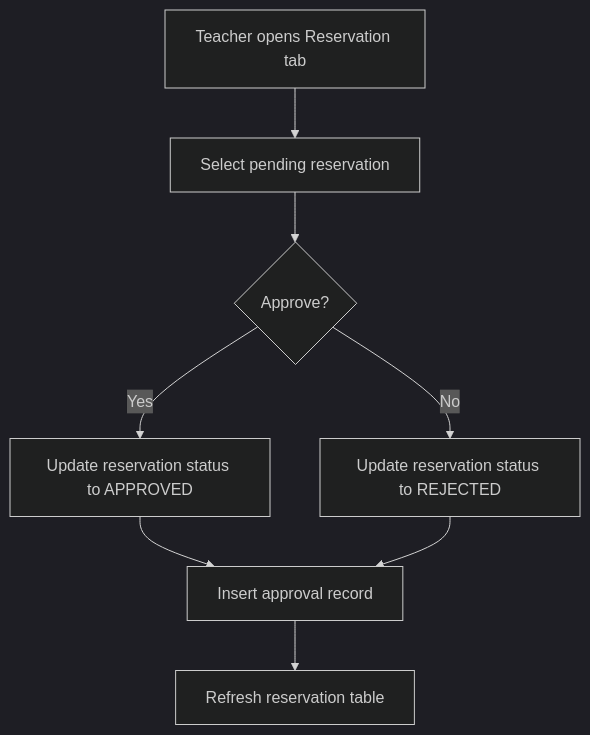
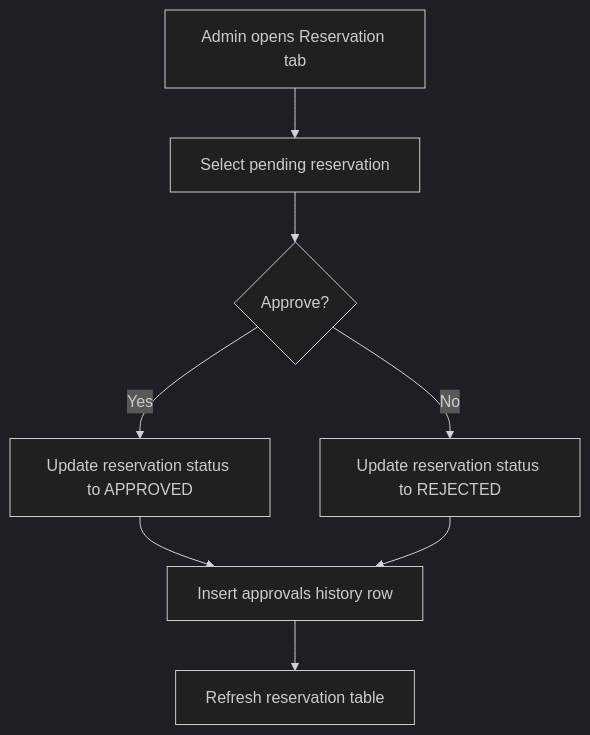
Before and after one commit to LiuZongrun7/database-lab: the fifth of 5 diagrams in docs/03-uml-modeling.md, drawn with Mermaid (dark theme). The commit also changed other lines of this file and 54 other files, not shown here.

````diff
--- a/docs/03-uml-modeling.md
+++ b/docs/03-uml-modeling.md
@@ -146,10 +273,10 @@
 ```mermaid
 flowchart TD
-    A[Teacher opens Reservation tab] --> B[Select pending reservation]
+    A[Admin opens Reservation tab] --> B[Select pending reservation]
     B --> C{Approve?}
     C -->|Yes| D[Update reservation status to APPROVED]
     C -->|No| E[Update reservation status to REJECTED]
-    D --> F[Insert approval record]
+    D --> F[Insert approvals history row]
     E --> F
     F --> G[Refresh reservation table]
 ```
````
